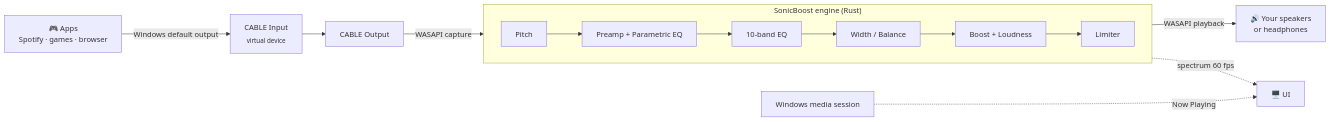
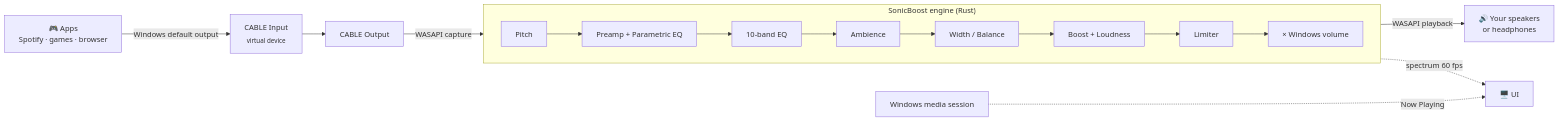
Before and after one commit to fr4gout/SonicBoost: the diagram in README.md, drawn with Mermaid. The commit also changed other lines of this file and 29 other files, not shown here.

````diff
--- a/README.md
+++ b/README.md
@@ -137,13 +172,13 @@
 ```mermaid
 flowchart LR
     A["🎮 Apps<br/>Spotify · games · browser"] -->|"Windows default output"| B["CABLE Input<br/><sub>virtual device</sub>"]
     B --> C["CABLE Output"]
     C -->|"WASAPI capture"| D
     subgraph D ["SonicBoost engine (Rust)"]
         direction LR
-        D1["Pitch"] --> D2["Preamp + Parametric EQ"] --> D2b["10-band EQ"] --> D3["Width / Balance"] --> D4["Boost + Loudness"] --> D5["Limiter"]
+        D1["Pitch"] --> D2["Preamp + Parametric EQ"] --> D2b["10-band EQ"] --> D2c["Ambience"] --> D3["Width / Balance"] --> D4["Boost + Loudness"] --> D5["Limiter"] --> D6["× Windows volume"]
     end
     D -->|"WASAPI playback"| E["🔊 Your speakers<br/>or headphones"]
     D -.->|"spectrum 60 fps"| F["🖥️ UI"]
     G["Windows media session"] -.->|"Now Playing"| F
 ```
````
